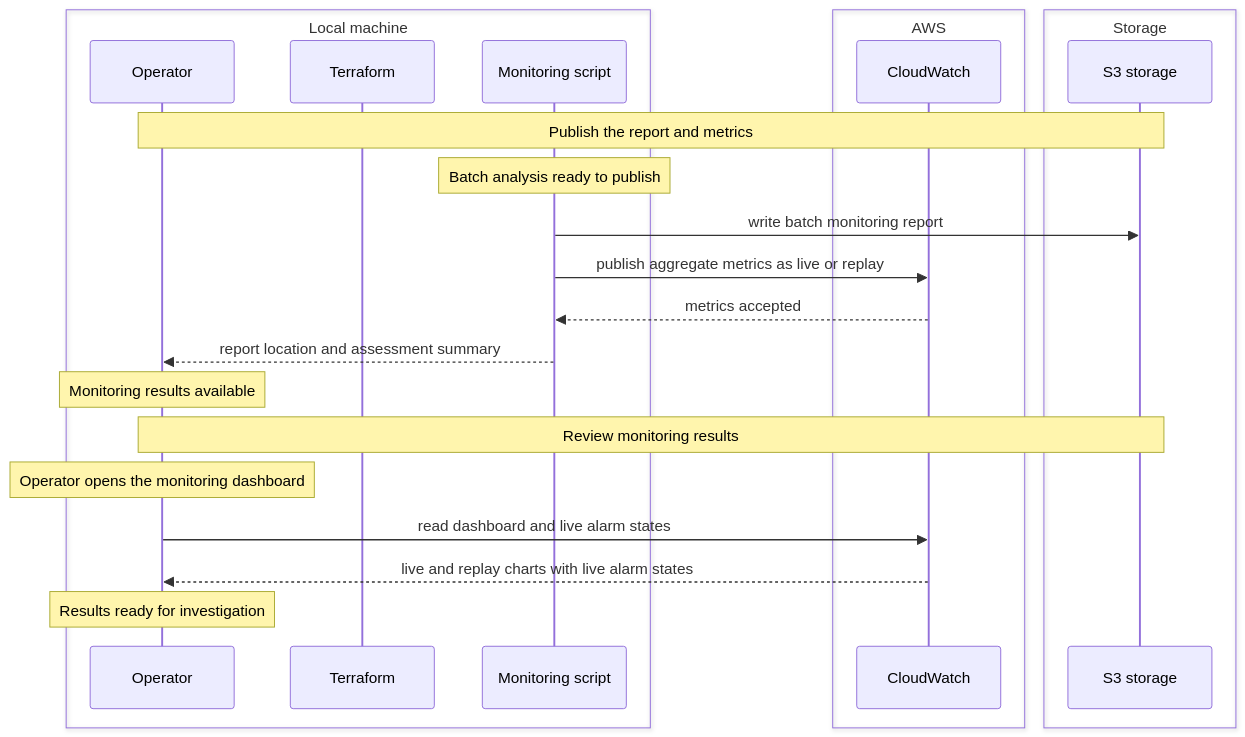
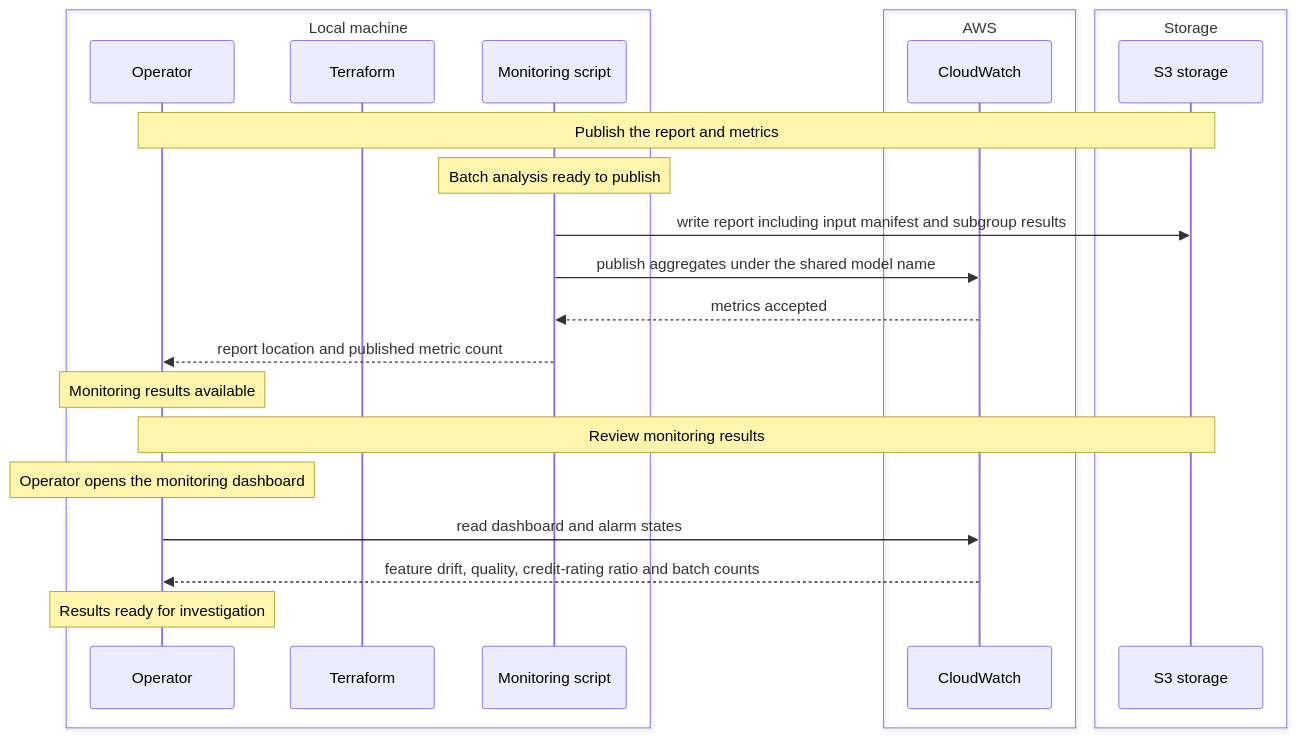
The diagram in Documentation/Pipeline/Children/Monitoring/Resources/SequenceDiagram_Action_3.md (MaximeBoulat/customer-churn-pipeline), drawn with Mermaid before and after one commit. The commit also changed 12 other files, not shown here.

````diff
--- a/Documentation/Pipeline/Children/Monitoring/Resources/SequenceDiagram_Action_3.md
+++ b/Documentation/Pipeline/Children/Monitoring/Resources/SequenceDiagram_Action_3.md
@@ -1,27 +1,27 @@
 ```mermaid
 sequenceDiagram
     box Local machine
         participant Operator
         participant Terraform
         participant Monitor as Monitoring script
     end
     box AWS
         participant CW as CloudWatch
     end
     box Storage
-        participant S3 as S3 storage  
+        participant S3 as S3 storage
     end
     Note over Operator,S3: Publish the report and metrics
     Note over Monitor: Batch analysis ready to publish
-    Monitor->>S3: write batch monitoring report
-    Monitor->>CW: publish aggregate metrics as live or replay
+    Monitor->>S3: write report including input manifest and subgroup results
+    Monitor->>CW: publish aggregates under the shared model name
     CW-->>Monitor: metrics accepted
-    Monitor-->>Operator: report location and assessment summary
+    Monitor-->>Operator: report location and published metric count
     Note over Operator: Monitoring results available
 
     Note over Operator,S3: Review monitoring results
     Note over Operator: Operator opens the monitoring dashboard
-    Operator->>CW: read dashboard and live alarm states
-    CW-->>Operator: live and replay charts with live alarm states
+    Operator->>CW: read dashboard and alarm states
+    CW-->>Operator: feature drift, quality, credit-rating ratio and batch counts
     Note over Operator: Results ready for investigation
 ```
````
